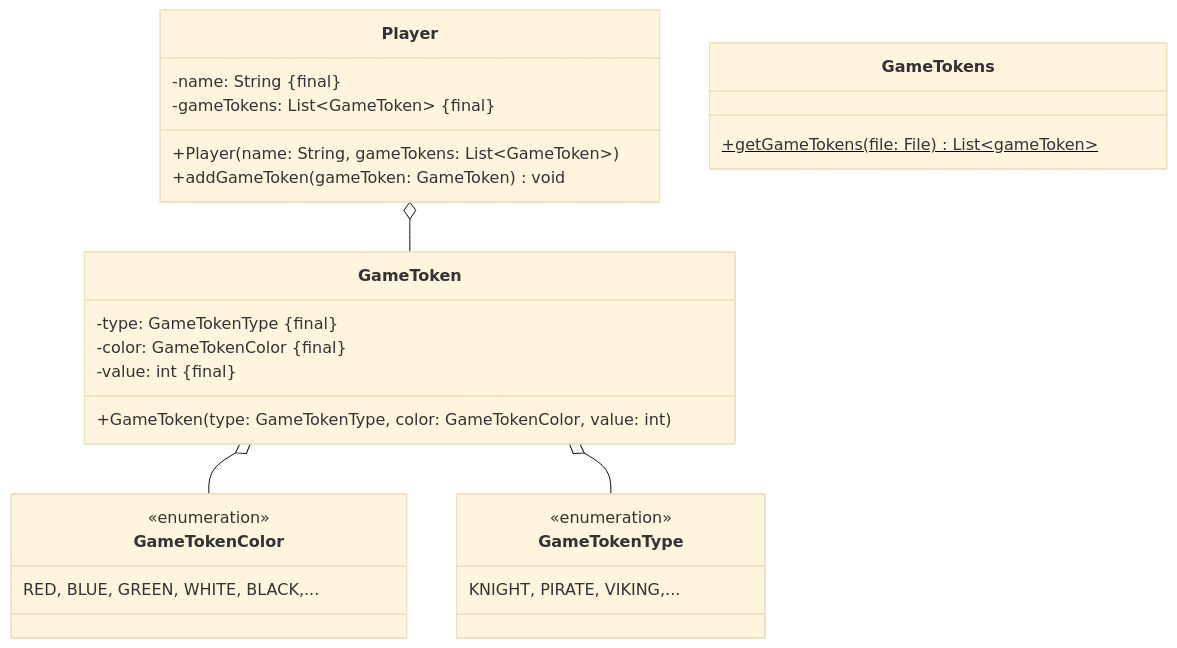
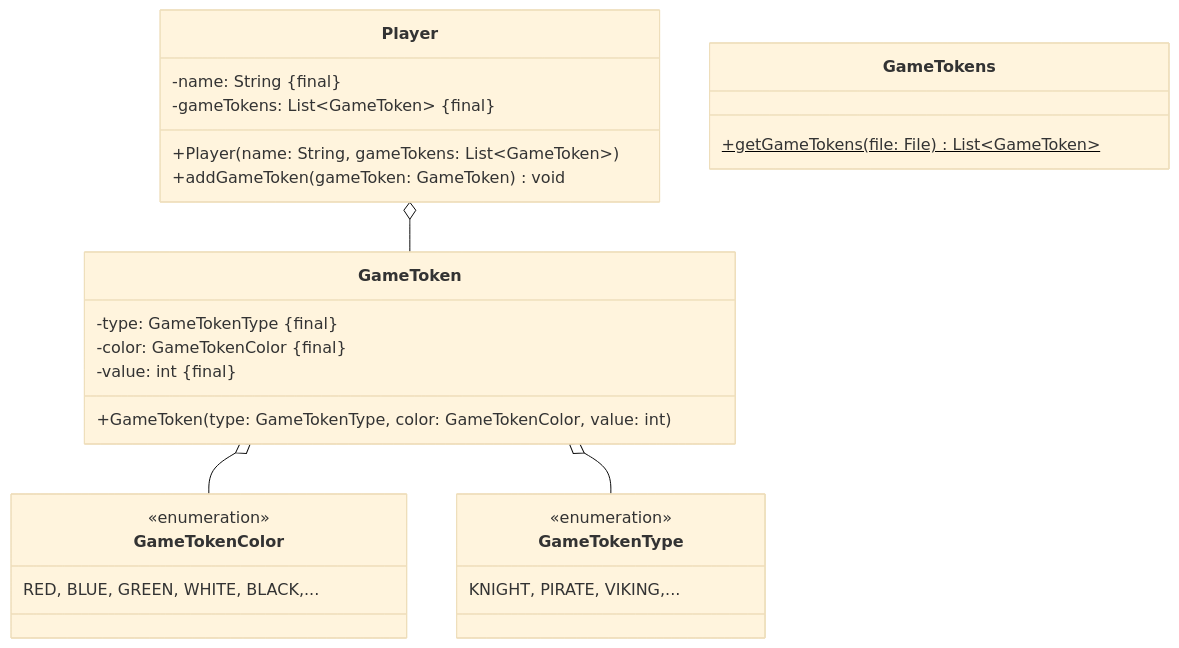
The diagram in docs/exam-exercises/exam-exercises-java1/class-diagrams/player.md (jappuccini/java-docs), drawn with Mermaid (base theme) before and after one commit. The commit also changed other lines of this file and 23 other files, not shown here.

````diff
--- a/docs/exam-exercises/exam-exercises-java1/class-diagrams/player.md
+++ b/docs/exam-exercises/exam-exercises-java1/class-diagrams/player.md
@@ -12,29 +12,29 @@
 ```mermaid
 classDiagram
    Player o-- GameToken
    GameToken o-- GameTokenColor
    GameToken o-- GameTokenType
    class Player {
       -name: String #123;final#125;
       -gameTokens: List~GameToken~ #123;final#125;
       +Player(name: String, gameTokens: List~GameToken~)
       +addGameToken(gameToken: GameToken) void
    }
    class GameToken {
       -type: GameTokenType #123;final#125;
       -color: GameTokenColor #123;final#125;
       -value: int #123;final#125;
       +GameToken(type: GameTokenType, color: GameTokenColor, value: int)
    }
    class GameTokenColor {
       <<enumeration>>
       RED, BLUE, GREEN, WHITE, BLACK,...
    }
    class GameTokenType {
       <<enumeration>>
       KNIGHT, PIRATE, VIKING,...
    }
    class GameTokens {
-      +getGameTokens(file: File) List~gameToken~$
+      +getGameTokens(file: File) List~GameToken~$
    }
 ```
````
